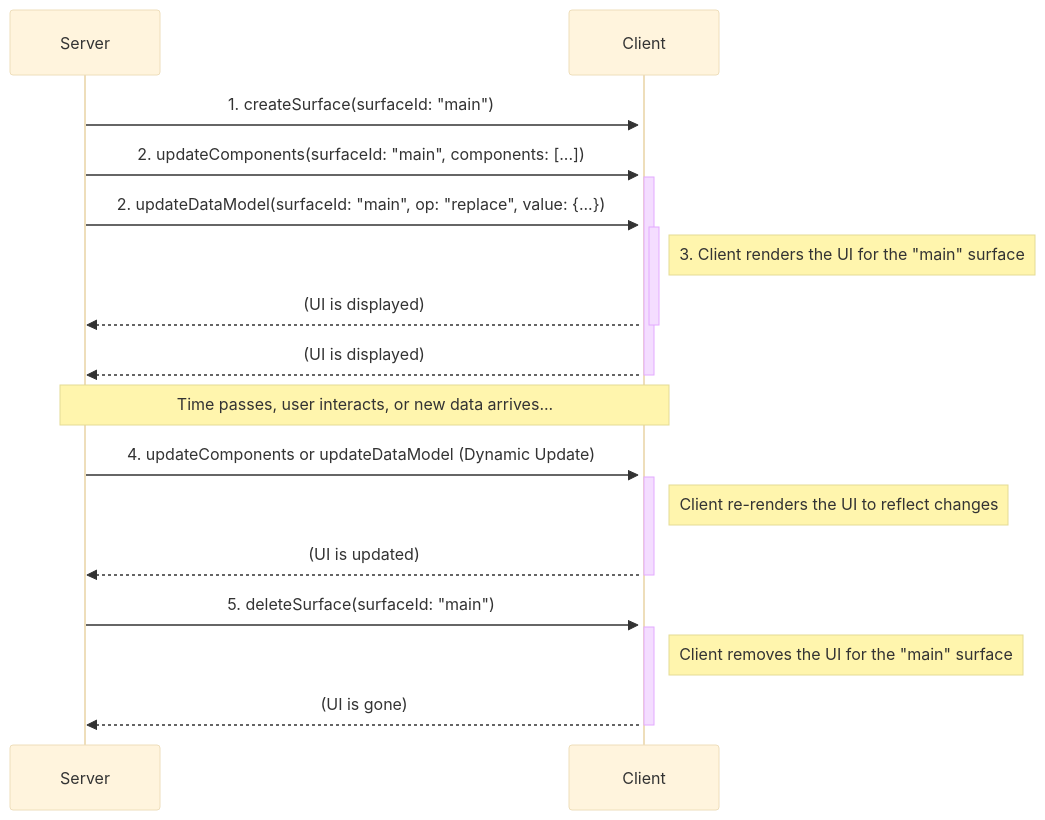
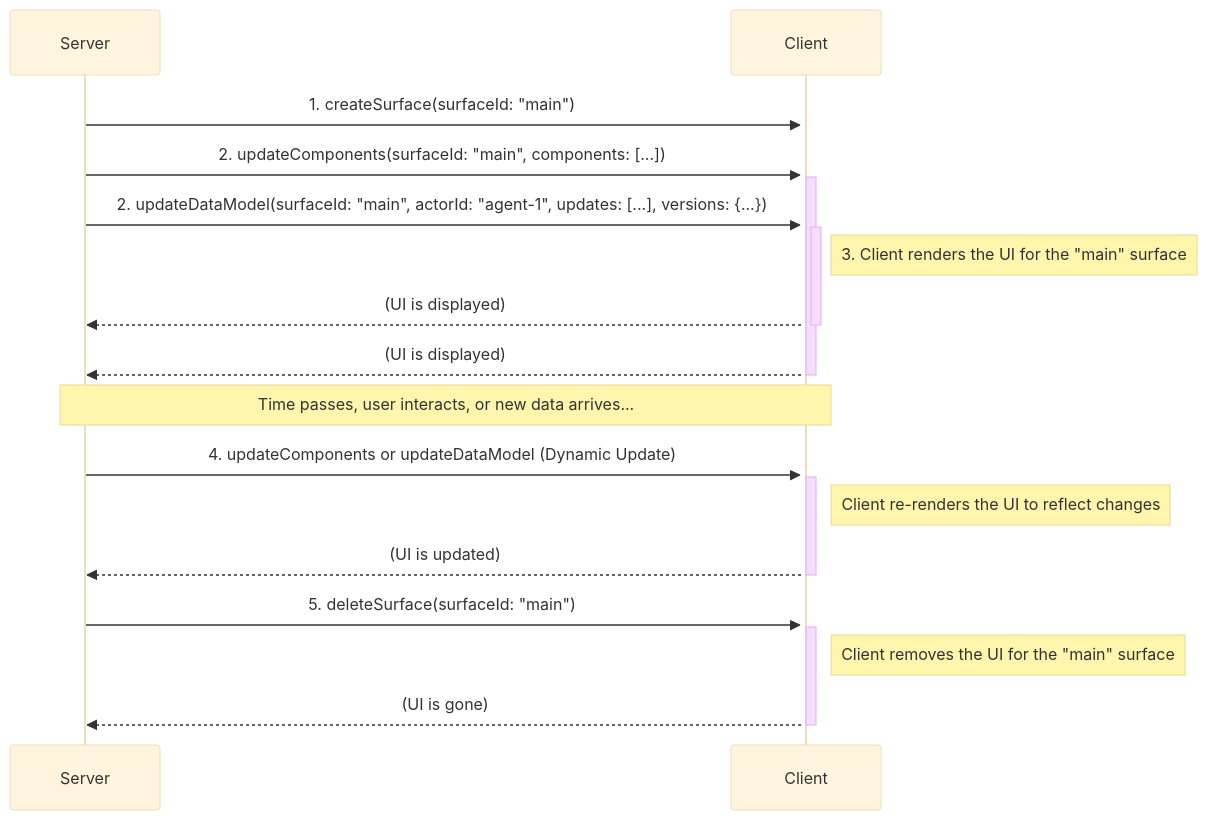
The first of 2 diagrams in specification/0.9/docs/a2ui_protocol.md (google/A2UI), drawn with Mermaid (base theme) before and after one commit. The commit also changed other lines of this file and 3 other files, not shown here.

````diff
--- a/specification/0.9/docs/a2ui_protocol.md
+++ b/specification/0.9/docs/a2ui_protocol.md
@@ -58,22 +58,22 @@
 ```mermaid
 sequenceDiagram
     participant Server
     participant Client
 
     Server->>+Client: 1. createSurface(surfaceId: "main")
     Server->>+Client: 2. updateComponents(surfaceId: "main", components: [...])
-    Server->>+Client: 2. updateDataModel(surfaceId: "main", op: "replace", value: {...})
+    Server->>+Client: 2. updateDataModel(surfaceId: "main", actorId: "agent-1", updates: [...], versions: {...})
     Note right of Client: 3. Client renders the UI for the "main" surface
     Client-->>-Server: (UI is displayed)
     Client-->>-Server: (UI is displayed)
 
     Note over Client, Server: Time passes, user interacts, or new data arrives...
 
     Server->>+Client: 4. updateComponents or updateDataModel (Dynamic Update)
     Note right of Client: Client re-renders the UI to reflect changes
     Client-->>-Server: (UI is updated)
 
     Server->>+Client: 5. deleteSurface(surfaceId: "main")
     Note right of Client: Client removes the UI for the "main" surface
     Client-->>-Server: (UI is gone)
 ```
````
